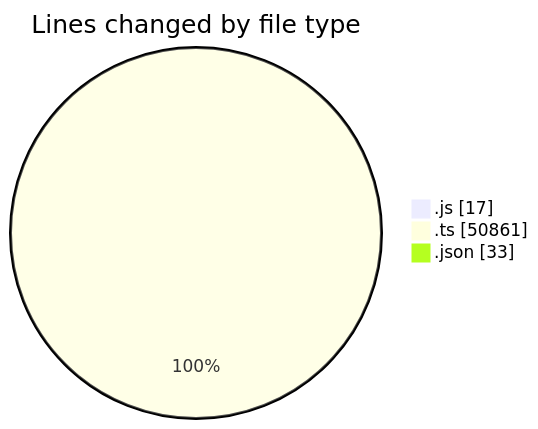
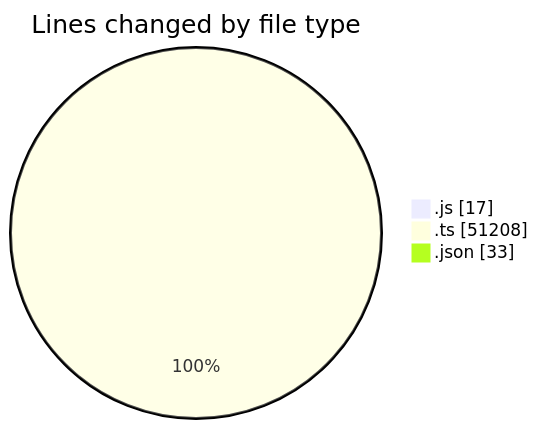
Before and after one commit to momahboobian/code-tracking: the first of 2 diagrams in 2026-07-27/cda/README.md, drawn with Mermaid. The commit also changed other lines of this file and 1 other file, not shown here.

````diff
--- a/2026-07-27/cda/README.md
+++ b/2026-07-27/cda/README.md
@@ -30,7 +30,7 @@
 ```mermaid
 pie showData
 title Lines changed by file type
 ".js" : 17
-".ts" : 50861
+".ts" : 51208
 ".json" : 33
 ```
````
